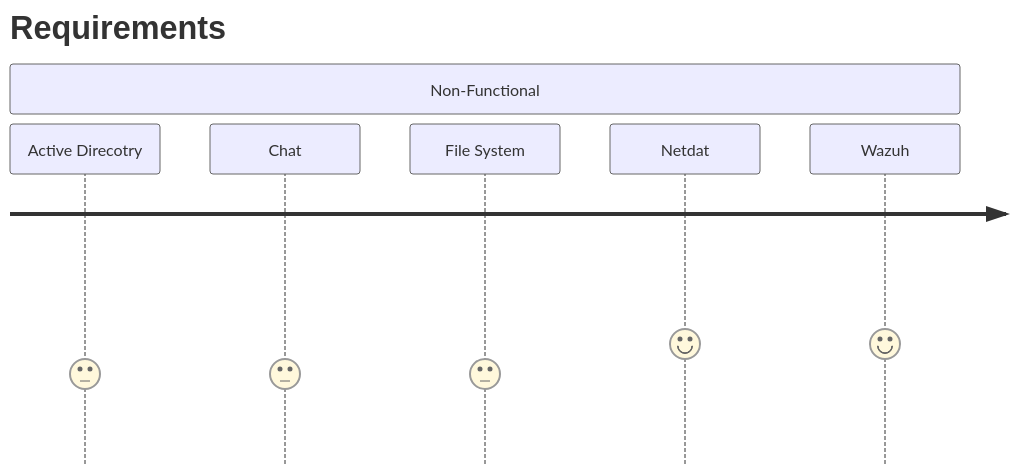
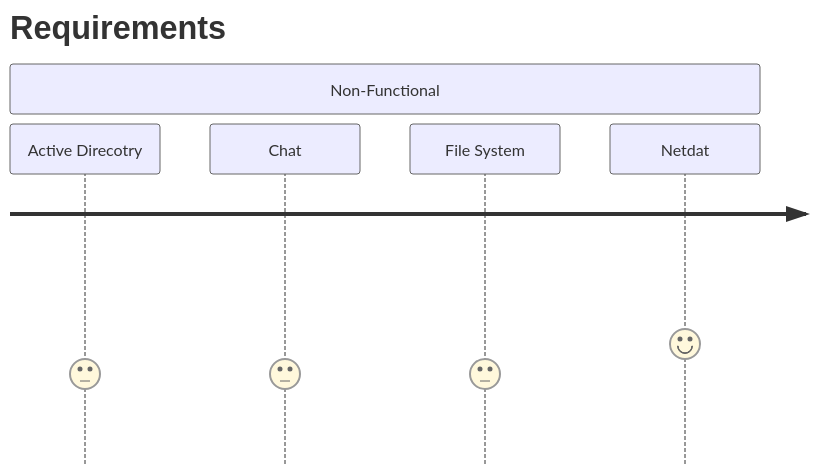
One commit to noahzmr/deploy-server-services-and-automate-administration-tasks changed the third of 5 diagrams in README.md. Above: the diagram before and after it, drawn with Mermaid. The commit also changed other lines of this file, not shown here.

````diff
--- a/README.md
+++ b/README.md
@@ -157,10 +155,9 @@
 ```mermaid
 journey
     title Requirements
     section Non-Functional
       Active Direcotry: 3
       Chat: 3
       File System: 3
       Netdat: 4
-      Wazuh: 4
 ```
````
